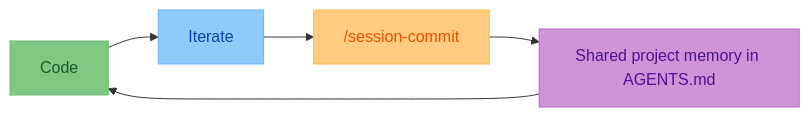
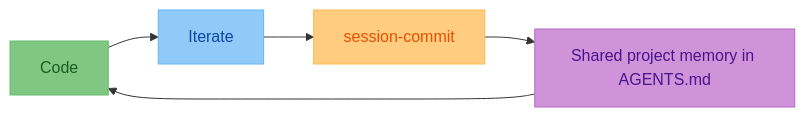
Before and after one commit to Olshansk/agent-md: the diagram in README.md, drawn with Mermaid. The commit also changed other lines of this file and 12 other files, not shown here.

````diff
--- a/README.md
+++ b/README.md
@@ -187,12 +216,12 @@
 ```mermaid
 flowchart LR
     A["Code"]:::work --> B["Iterate"]:::run
-    B --> C["/session-commit"]:::review
+    B --> C["session-commit"]:::review
     C --> D["Shared project memory in AGENTS.md"]:::value
     D --> A
 
     classDef work fill:#81C784,color:#1B5E20,stroke:#66BB6A
     classDef run fill:#90CAF9,color:#0D47A1,stroke:#64B5F6
     classDef review fill:#FFCC80,color:#E65100,stroke:#FFB74D
     classDef value fill:#CE93D8,color:#4A148C,stroke:#BA68C8
 ```
````
